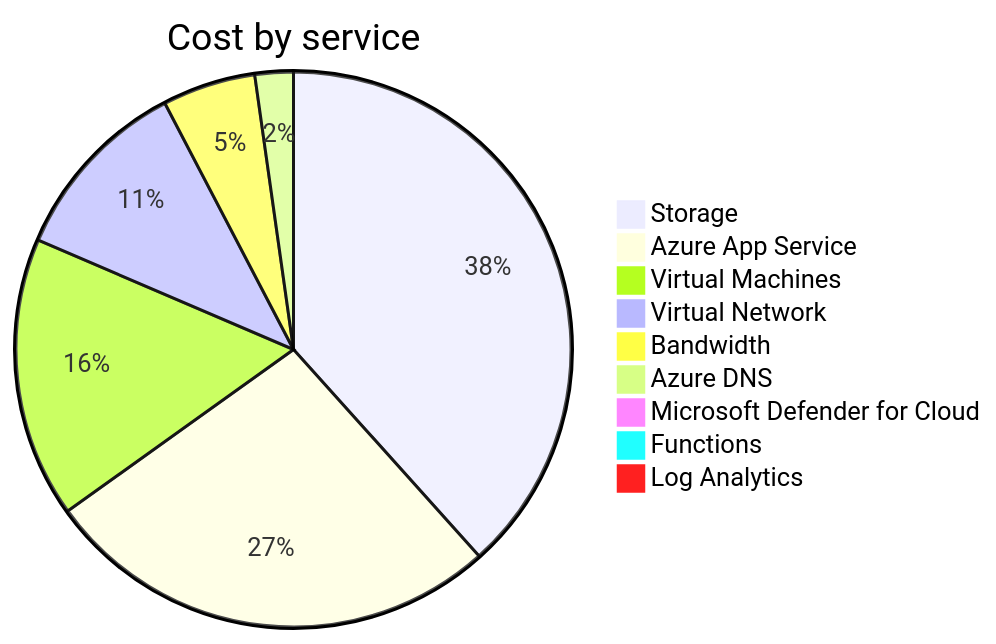
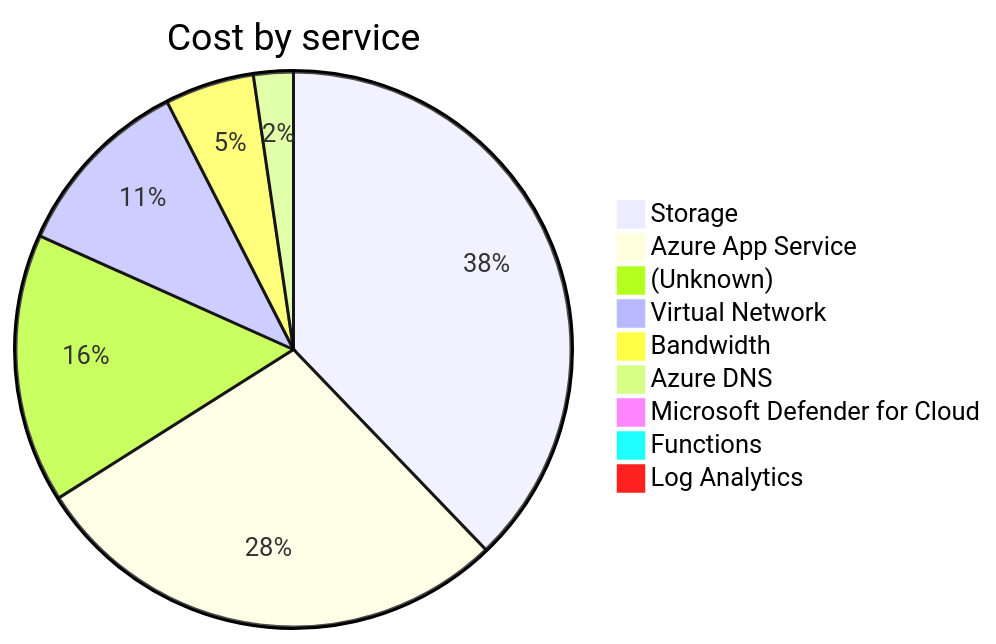
Before and after one commit to jpfulton/azure-personal-reports: the second of 4 diagrams in cost-reports/accumulated-cost.md, drawn with Mermaid. The commit also changed other lines of this file and 4 other files, not shown here.

````diff
--- a/cost-reports/accumulated-cost.md
+++ b/cost-reports/accumulated-cost.md
@@ -103,13 +103,13 @@
 ```mermaid
 pie
    title Cost by service
-   "Storage" : 8.41
-   "Azure App Service" : 5.87
-   "Virtual Machines" : 3.58
-   "Virtual Network" : 2.39
+   "Storage" : 8.66
+   "Azure App Service" : 6.46
+   "(Unknown)" : 3.59
+   "Virtual Network" : 2.47
    "Bandwidth" : 1.19
-   "Azure DNS" : 0.49
-   "Microsoft Defender for Cloud" : 0.09
+   "Azure DNS" : 0.53
+   "Microsoft Defender for Cloud" : 0.10
    "Functions" : 0.00
    "Log Analytics" : 0.00
 ```
````
